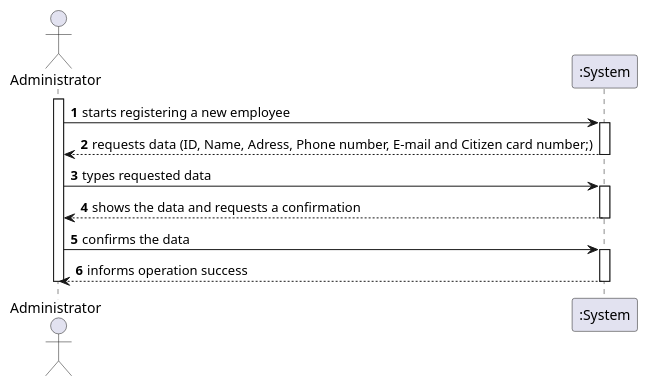
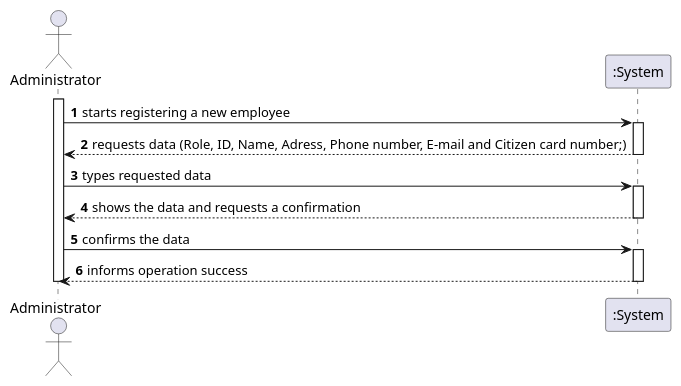
The diagram in docs/SprintB/US/US10/US010_SSD.puml (PedroMesquita1211171/VaccinationManager), drawn with PlantUML before and after one commit. The commit also changed 4 other files, not shown here.

```diff
--- a/docs/SprintB/US/US10/US010_SSD.puml
+++ b/docs/SprintB/US/US10/US010_SSD.puml
@@ -1,23 +1,24 @@
 @startuml
 
 autonumber
 actor "Administrator" as ADM
 
 activate ADM
 ADM -> ":System" : starts registering a new employee
 activate ":System"
-":System" --> ADM : requests data (ID, Name, Adress, Phone number, E-mail and Citizen card number;)
+":System" --> ADM : requests data (Role, ID, Name, Adress, Phone number, E-mail and Citizen card number;)
 deactivate ":System"
 
 ADM -> ":System" : types requested data
 activate ":System"
 ":System" --> ADM : shows the data and requests a confirmation
 deactivate ":System"
 
 ADM -> ":System" : confirms the data
 activate ":System"
 ":System" --> ADM : informs operation success
 deactivate ":System"
 
+
 deactivate ADM
 @enduml
```
